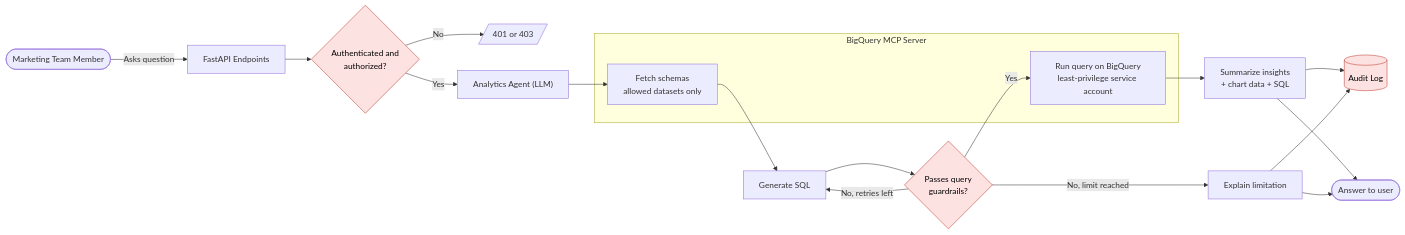
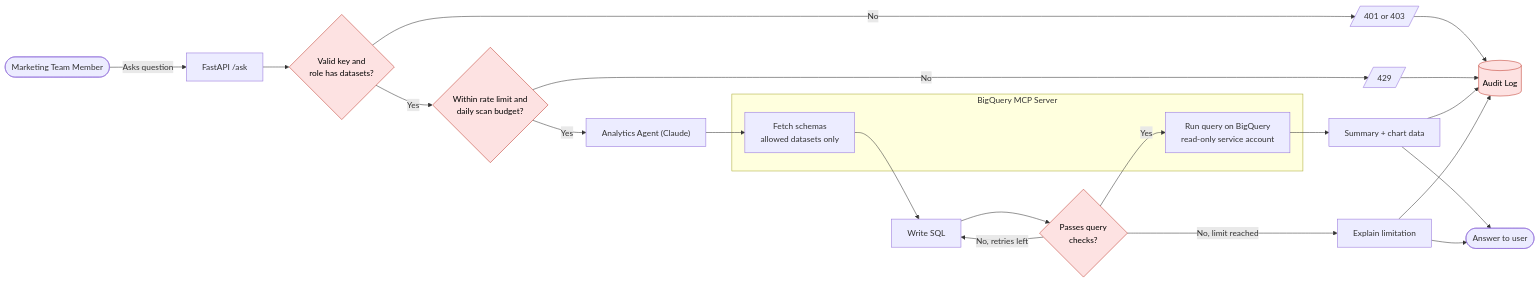
The second of 2 diagrams in README.md (poku0857643/Mkt_Analytic_Agent), drawn with Mermaid before and after one commit. The commit also changed other lines of this file, not shown here.

First line of the commit message:
Complete README: usage, security model, configuration, testing, setup

````diff
--- a/README.md
+++ b/README.md
@@ -50,26 +92,30 @@
 ```mermaid
 graph LR
-    U([Marketing Team Member]) -->|Asks question| API[FastAPI Endpoints]
-    API --> AUTH{Authenticated and<br/>authorized?}
+    U([Marketing Team Member]) -->|Asks question| API[FastAPI /ask]
+    API --> AUTH{Valid key and<br/>role has datasets?}
     AUTH -->|No| DENY[/401 or 403/]
-    AUTH -->|Yes| AG["Analytics Agent (LLM)"]
+    AUTH -->|Yes| LIMIT{Within rate limit and<br/>daily scan budget?}
+    LIMIT -->|No| SLOW[/429/]
+    LIMIT -->|Yes| AG["Analytics Agent (Claude)"]
     AG --> SCHEMA[Fetch schemas<br/>allowed datasets only]
-    SCHEMA --> SQL[Generate SQL]
-    SQL --> GUARD{Passes query<br/>guardrails?}
+    SCHEMA --> SQL[Write SQL]
+    SQL --> GUARD{Passes query<br/>checks?}
     GUARD -->|No, retries left| SQL
     GUARD -->|No, limit reached| EXPLAIN[Explain limitation]
-    GUARD -->|Yes| RUN[Run query on BigQuery<br/>least-privilege service account]
-    RUN --> SUM[Summarize insights<br/>+ chart data + SQL]
-    SUM --> LOG[(Audit Log)]
-    EXPLAIN --> LOG
+    GUARD -->|Yes| RUN[Run query on BigQuery<br/>read-only service account]
+    RUN --> SUM[Summary + chart data]
     SUM --> ANS([Answer to user])
     EXPLAIN --> ANS
+    DENY --> LOG[(Audit Log)]
+    SLOW --> LOG
+    SUM --> LOG
+    EXPLAIN --> LOG
 
     subgraph MCP [BigQuery MCP Server]
         SCHEMA
         RUN
     end
 
     classDef security fill:#fde2e2,stroke:#c0392b,color:#000
-    class AUTH,GUARD,LOG security
+    class AUTH,LIMIT,GUARD,LOG security
 ```
````
